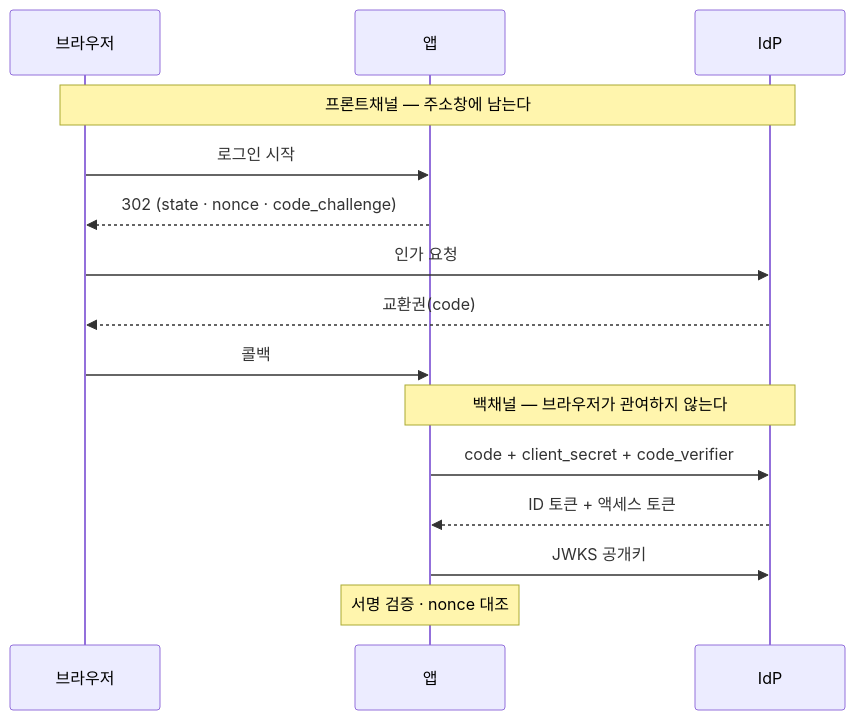
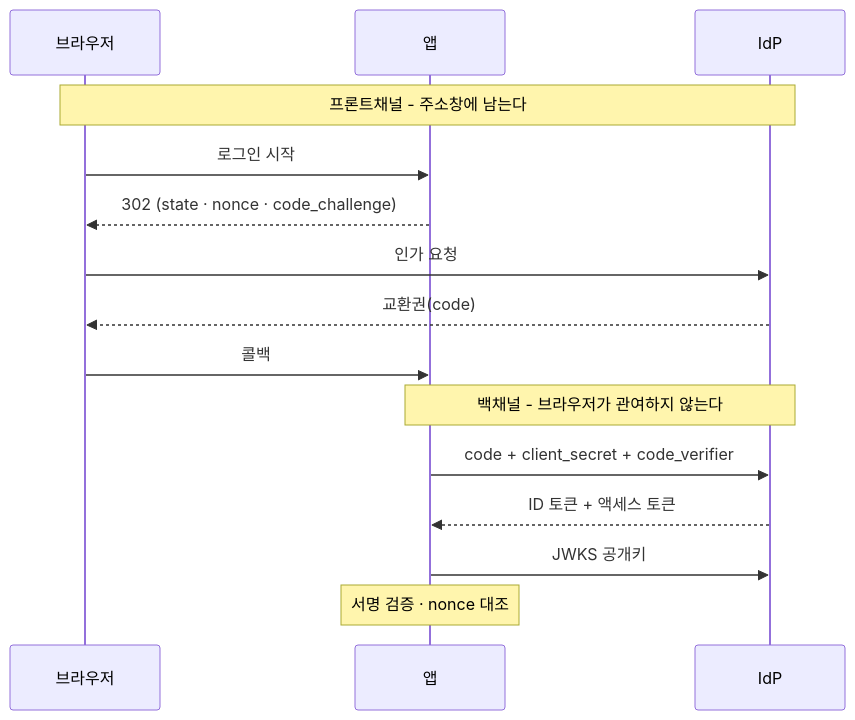
One commit to kiyeonjeon21/auth-from-scratch changed the third of 3 diagrams in README.md. Above: the diagram before and after it, drawn with Mermaid. The commit also changed other lines of this file and 1 other file, not shown here.

````diff
--- a/README.md
+++ b/README.md
@@ -147,19 +219,19 @@
 ```mermaid
 sequenceDiagram
     participant U as 브라우저
     participant A as 앱
     participant I as IdP
 
-    Note over U,I: 프론트채널 — 주소창에 남는다
+    Note over U,I: 프론트채널 - 주소창에 남는다
     U->>A: 로그인 시작
     A-->>U: 302 (state · nonce · code_challenge)
     U->>I: 인가 요청
     I-->>U: 교환권(code)
     U->>A: 콜백
 
-    Note over A,I: 백채널 — 브라우저가 관여하지 않는다
+    Note over A,I: 백채널 - 브라우저가 관여하지 않는다
     A->>I: code + client_secret + code_verifier
     I-->>A: ID 토큰 + 액세스 토큰
     A->>I: JWKS 공개키
     Note over A: 서명 검증 · nonce 대조
 ```
````
